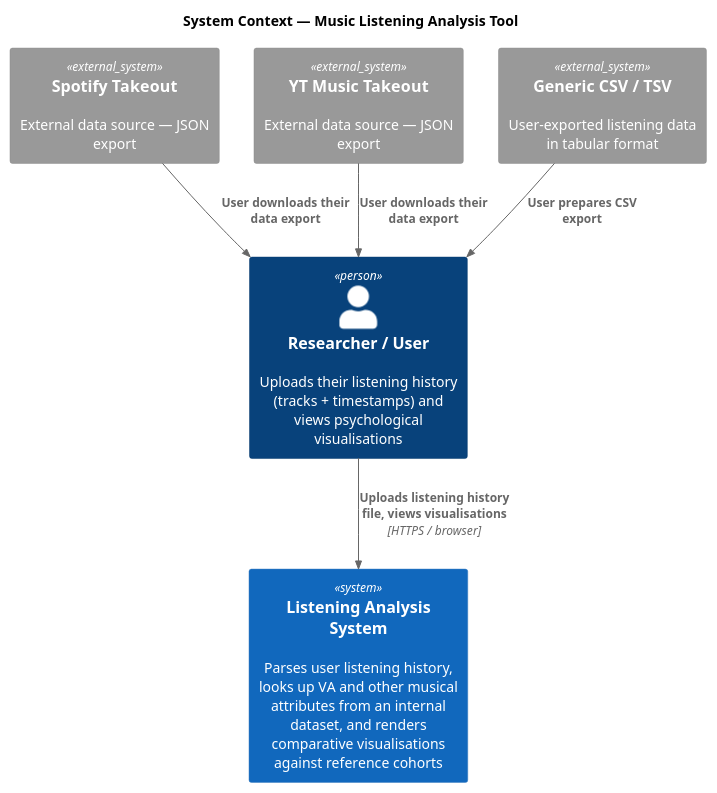
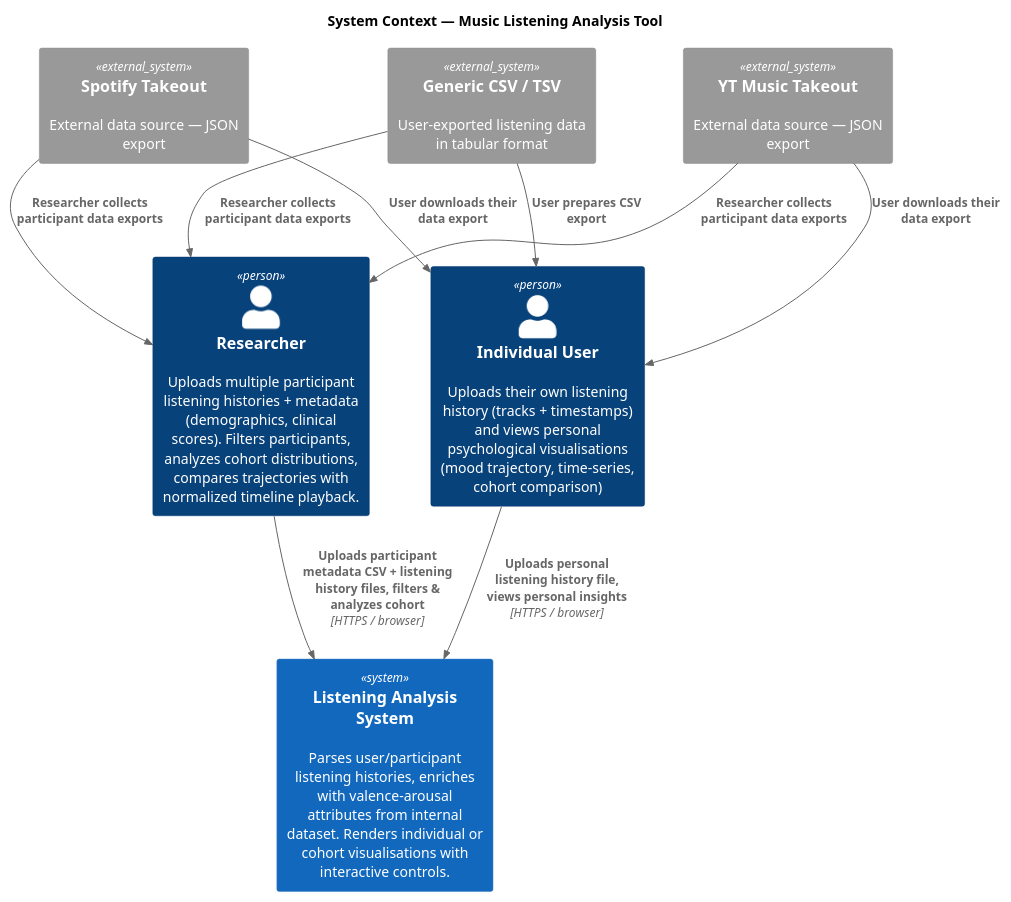
One commit to KJsquare9/Listening-History-App changed the diagram in documentation/C4/puml code/SystemContext.puml. Above: the diagram before and after it, drawn with PlantUML. The commit also changed 8 other files, not shown here.

```diff
--- a/documentation/C4/puml code/SystemContext.puml
+++ b/documentation/C4/puml code/SystemContext.puml
@@ -1,19 +1,24 @@
 @startuml C4_Context
 !include https://raw.githubusercontent.com/plantuml-stdlib/C4-PlantUML/master/C4_Context.puml
 
 title System Context — Music Listening Analysis Tool
 
-Person(user, "Researcher / User", "Uploads their listening history (tracks + timestamps) and views psychological visualisations")
+Person(end_user, "Individual User", "Uploads their own listening history (tracks + timestamps) and views personal psychological visualisations (mood trajectory, time-series, cohort comparison)")
+Person(researcher, "Researcher", "Uploads multiple participant listening histories + metadata (demographics, clinical scores). Filters participants, analyzes cohort distributions, compares trajectories with normalized timeline playback.")
 
-System(system, "Listening Analysis System", "Parses user listening history, looks up VA and other musical attributes from an internal dataset, and renders comparative visualisations against reference cohorts")
+System(system, "Listening Analysis System", "Parses user/participant listening histories, enriches with valence-arousal attributes from internal dataset. Renders individual or cohort visualisations with interactive controls.")
 
 System_Ext(spotify, "Spotify Takeout", "External data source — JSON export")
 System_Ext(ytmusic, "YT Music Takeout", "External data source — JSON export")
 System_Ext(generic, "Generic CSV / TSV", "User-exported listening data in tabular format")
 
-Rel(user, system, "Uploads listening history file, views visualisations", "HTTPS / browser")
-Rel(spotify, user, "User downloads their data export")
-Rel(ytmusic, user, "User downloads their data export")
-Rel(generic, user, "User prepares CSV export")
+Rel(end_user, system, "Uploads personal listening history file, views personal insights", "HTTPS / browser")
+Rel(researcher, system, "Uploads participant metadata CSV + listening history files, filters & analyzes cohort", "HTTPS / browser")
+Rel(spotify, end_user, "User downloads their data export")
+Rel(ytmusic, end_user, "User downloads their data export")
+Rel(generic, end_user, "User prepares CSV export")
+Rel(spotify, researcher, "Researcher collects participant data exports")
+Rel(ytmusic, researcher, "Researcher collects participant data exports")
+Rel(generic, researcher, "Researcher collects participant data exports")
 
 @enduml
```
